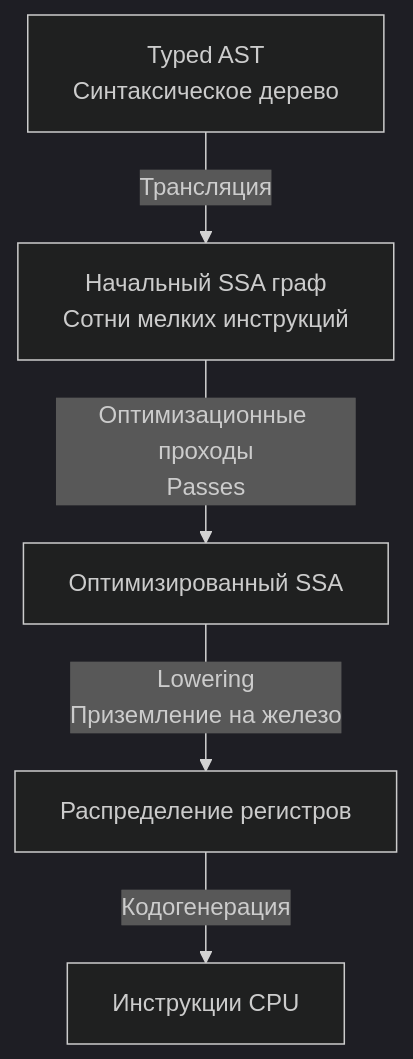
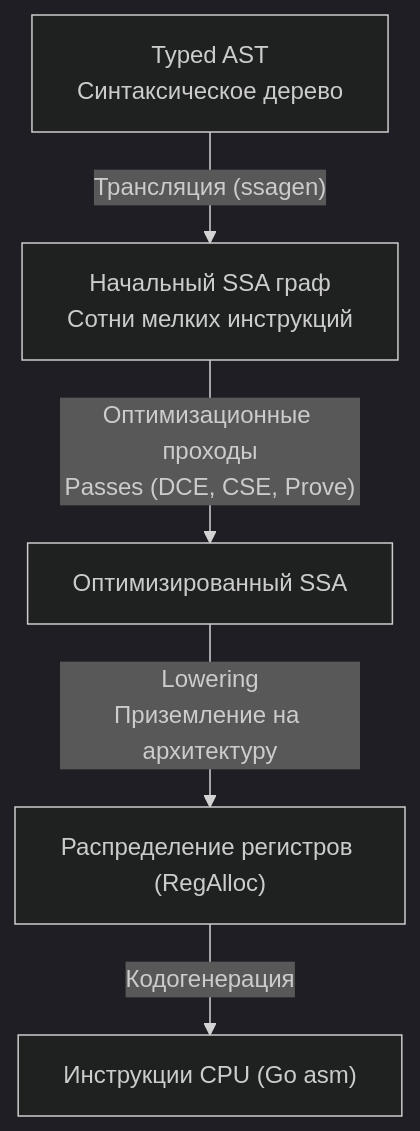
The diagram in sources/7. Глубокий Go (Внутреннее устройство)/4. SSA в Go. Как компилятор оптимизирует код.md (UnrealTemplier/go-textbook), drawn with Mermaid (dark theme) before and after one commit. The commit also changed other lines of this file, not shown here.

````diff
--- a/sources/7. Глубокий Go (Внутреннее устройство)/4. SSA в Go. Как компилятор оптимизирует код.md
+++ b/sources/7. Глубокий Go (Внутреннее устройство)/4. SSA в Go. Как компилятор оптимизирует код.md
@@ -26,7 +29,7 @@
 ```mermaid
 flowchart TD
-    AST["Typed AST<br>Синтаксическое дерево"] -->|"Трансляция"| SSA_INIT["Начальный SSA граф<br>Сотни мелких инструкций"]
-    SSA_INIT -->|"Оптимизационные проходы<br>Passes"| SSA_OPT["Оптимизированный SSA"]
-    SSA_OPT -->|"Lowering<br>Приземление на железо"| REGS["Распределение регистров"]
-    REGS -->|"Кодогенерация"| ASM["Инструкции CPU"]
+    AST["Typed AST<br>Синтаксическое дерево"] -->|"Трансляция (ssagen)"| SSA_INIT["Начальный SSA граф<br>Сотни мелких инструкций"]
+    SSA_INIT -->|"Оптимизационные проходы<br>Passes (DCE, CSE, Prove)"| SSA_OPT["Оптимизированный SSA"]
+    SSA_OPT -->|"Lowering<br>Приземление на архитектуру"| REGS["Распределение регистров (RegAlloc)"]
+    REGS -->|"Кодогенерация"| ASM["Инструкции CPU (Go asm)"]
 ```
````
